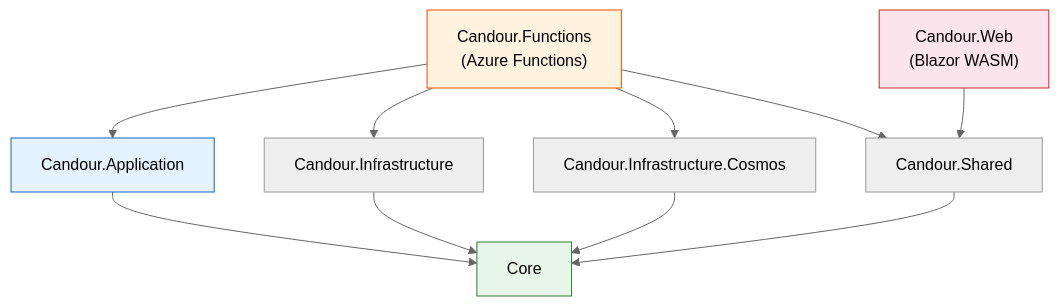
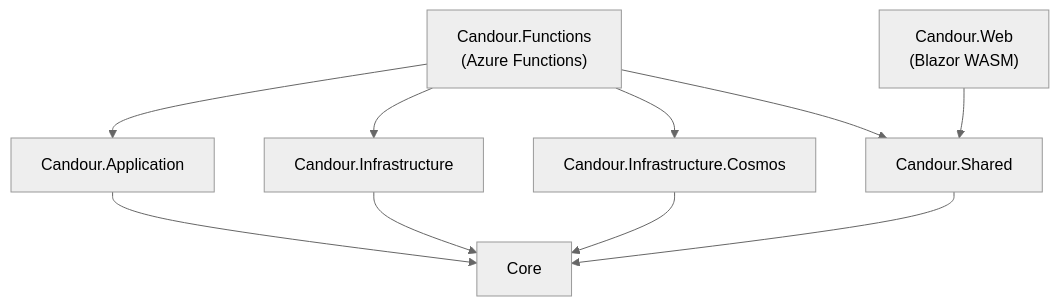
The diagram in docs-site/docs/development/project-structure.md (asachs/candour), drawn with Mermaid (neutral theme) before and after one commit. The commit also changed 5 other files, not shown here.

First line of the commit message:
fix: remove hardcoded Mermaid colors for dark-mode compatibility

````diff
--- a/docs-site/docs/development/project-structure.md
+++ b/docs-site/docs/development/project-structure.md
@@ -179,17 +179,13 @@
 ```mermaid
 graph TD
     Web["Candour.Web<br/>(Blazor WASM)"] --> Shared
     Functions["Candour.Functions<br/>(Azure Functions)"] --> Application
     Functions --> Infrastructure
     Functions --> InfraCosmos["Candour.Infrastructure.Cosmos"]
     Functions --> Shared
     Application["Candour.Application"] --> Core
     Infrastructure["Candour.Infrastructure"] --> Core
     InfraCosmos --> Core
     Shared["Candour.Shared"] --> Core
 
-    style Core fill:#e8f5e9,stroke:#2e7d32
-    style Application fill:#e3f2fd,stroke:#1565c0
-    style Functions fill:#fff3e0,stroke:#e65100
-    style Web fill:#fce4ec,stroke:#c62828
 ```
````
